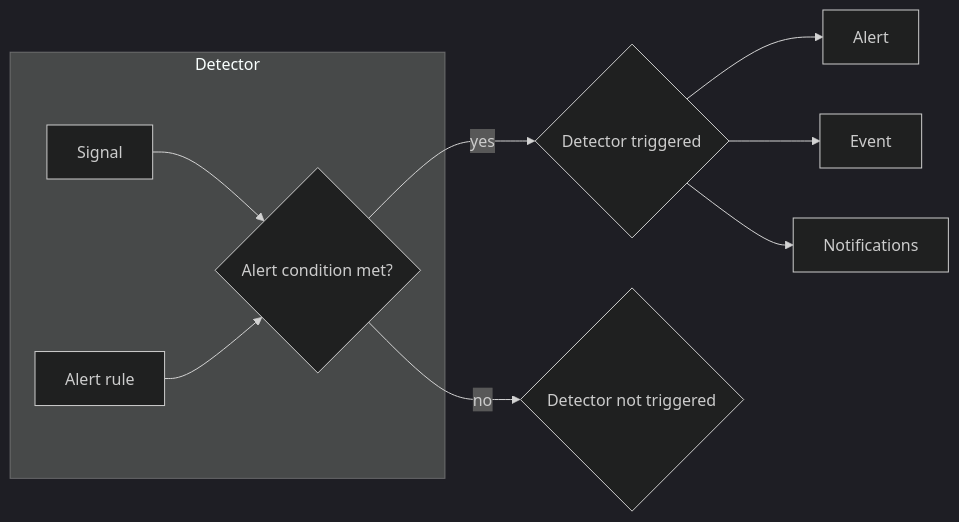
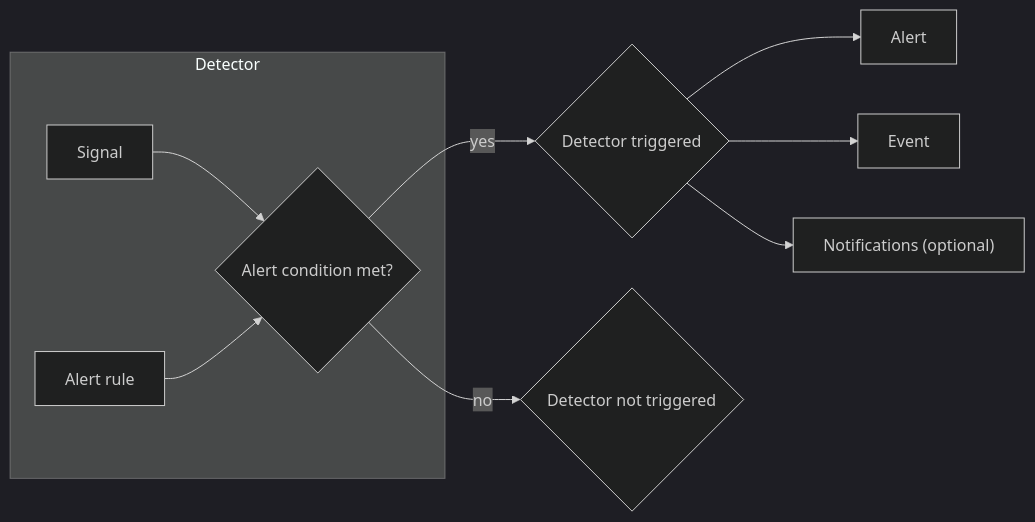
One commit to splunk/public-o11y-docs changed the diagram in alerts-detectors-notifications/alerts-detectors-notifications.rst. Above: the diagram before and after it, drawn with Mermaid (dark theme).

Commit message:
suggestion from dawid

```diff
--- a/alerts-detectors-notifications/alerts-detectors-notifications.rst
+++ b/alerts-detectors-notifications/alerts-detectors-notifications.rst
@@ -85,12 +85,12 @@
 .. mermaid:: 
   
   flowchart LR
       subgraph Detector
       Signal --> A{Alert condition met?}
       B[Alert rule] --> A
       end
       A -- yes --> D{Detector triggered}
       A -- no --> E{Detector not triggered}
       D --> Alert
       D --> Event
-      D --> Notifications
+      D --> F["Notifications (optional)"]
```
